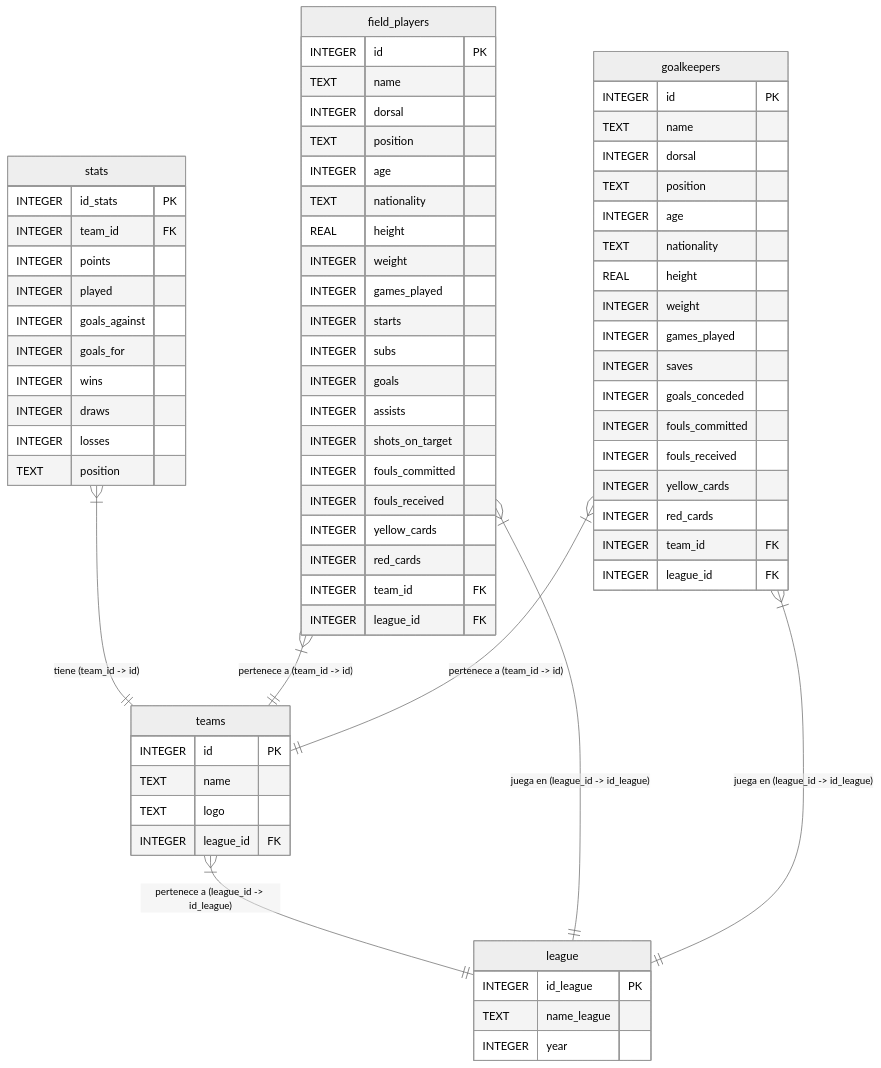
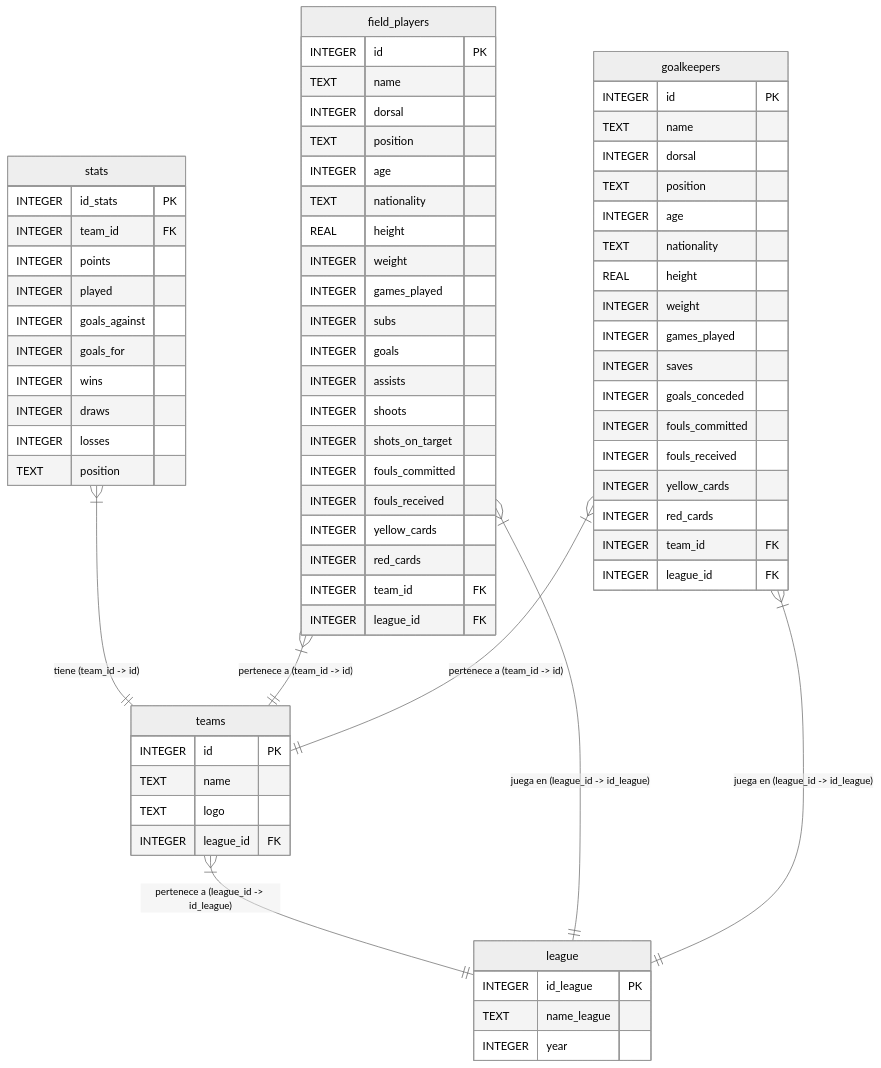
Before and after one commit to DavidCaraballoBulnes/Data-Preparation-ESPN-Soccer: the diagram in Readme.md, drawn with Mermaid (neutral theme). The commit also changed other lines of this file, not shown here.

Commit message:
Actualización del diagrama relacional

````diff
--- a/Readme.md
+++ b/Readme.md
@@ -71,79 +71,79 @@
 ```mermaid
 erDiagram
     league {
         INTEGER id_league PK
         TEXT name_league
         INTEGER year
     }
     
     teams {
         INTEGER id PK
         TEXT name
         TEXT logo
         INTEGER league_id FK
     }
     
     stats {
         INTEGER id_stats PK
         INTEGER team_id FK
         INTEGER points
         INTEGER played
         INTEGER goals_against
         INTEGER goals_for
         INTEGER wins
         INTEGER draws
         INTEGER losses
         TEXT position
     }
     
     field_players {
         INTEGER id PK
         TEXT name
         INTEGER dorsal
         TEXT position
         INTEGER age
         TEXT nationality
         REAL height
         INTEGER weight
         INTEGER games_played
-        INTEGER starts
         INTEGER subs
         INTEGER goals
         INTEGER assists
+        INTEGER shoots
         INTEGER shots_on_target
         INTEGER fouls_committed
         INTEGER fouls_received
         INTEGER yellow_cards
         INTEGER red_cards
         INTEGER team_id FK
         INTEGER league_id FK
     }
     
     goalkeepers {
         INTEGER id PK
         TEXT name
         INTEGER dorsal
         TEXT position
         INTEGER age
         TEXT nationality
         REAL height
         INTEGER weight
         INTEGER games_played
         INTEGER saves
         INTEGER goals_conceded
         INTEGER fouls_committed
         INTEGER fouls_received
         INTEGER yellow_cards
         INTEGER red_cards
         INTEGER team_id FK
         INTEGER league_id FK
     }
 
     %% Relaciones
     teams }|--|| league : "pertenece a (league_id -> id_league)"
     stats }|--|| teams : "tiene (team_id -> id)"
     field_players }|--|| league : "juega en (league_id -> id_league)"
     field_players }|--|| teams : "pertenece a (team_id -> id)"
     goalkeepers }|--|| league : "juega en (league_id -> id_league)"
     goalkeepers }|--|| teams : "pertenece a (team_id -> id)"
 ```
````
